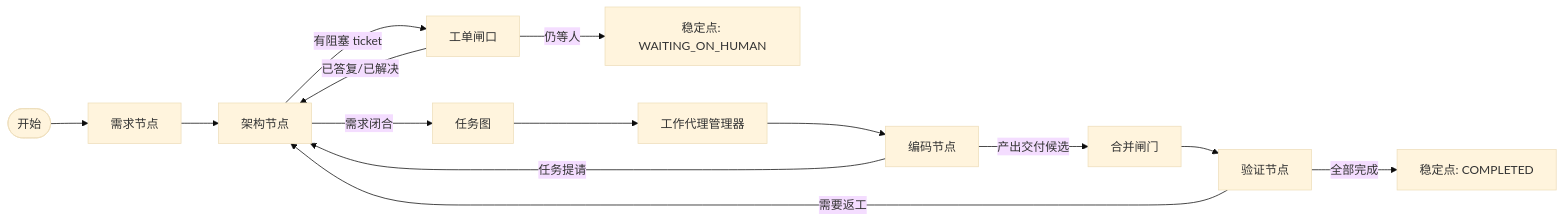
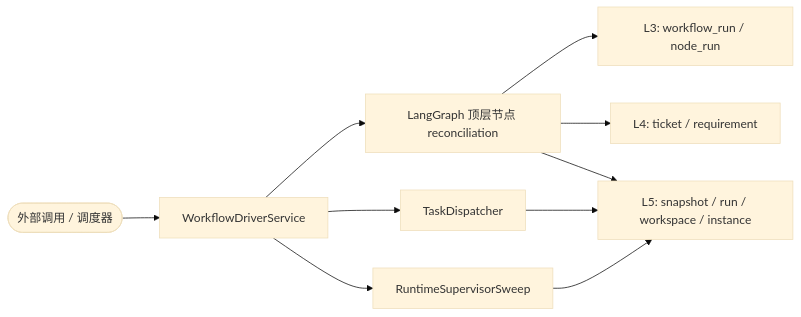
Before and after one commit to xilufeisaigao/AgentX: the diagram in docs/runtime/01-runtime-v1-implementation.md, drawn with Mermaid (base theme). The commit also changed other lines of this file and 254 other files, not shown here.

````diff
--- a/docs/runtime/01-runtime-v1-implementation.md
+++ b/docs/runtime/01-runtime-v1-implementation.md
@@ -50,16 +80,12 @@
 ```mermaid
 flowchart LR
-    Start(["开始"]) --> Requirement["需求节点"]
-    Requirement --> Architect["架构节点"]
-    Architect -->|"有阻塞 ticket"| TicketGate["工单闸口"]
-    Architect -->|"需求闭合"| TaskGraph["任务图"]
-    TicketGate -->|"仍等人"| EndWait["稳定点: WAITING_ON_HUMAN"]
-    TicketGate -->|"已答复/已解决"| Architect
-    TaskGraph --> WorkerManager["工作代理管理器"]
-    WorkerManager --> Coding["编码节点"]
-    Coding -->|"任务提请"| Architect
-    Coding -->|"产出交付候选"| MergeGate["合并闸门"]
-    MergeGate --> Verify["验证节点"]
-    Verify -->|"需要返工"| Architect
-    Verify -->|"全部完成"| EndDone["稳定点: COMPLETED"]
+    Start(["外部调用 / 调度器"]) --> Driver["WorkflowDriverService"]
+    Driver --> Graph["LangGraph 顶层节点 reconciliation"]
+    Driver --> Dispatcher["TaskDispatcher"]
+    Driver --> Supervisor["RuntimeSupervisorSweep"]
+    Dispatcher --> L5["L5: snapshot / run / workspace / instance"]
+    Supervisor --> L5
+    Graph --> L3["L3: workflow_run / node_run"]
+    Graph --> L4["L4: ticket / requirement"]
+    Graph --> L5
 ```
````
